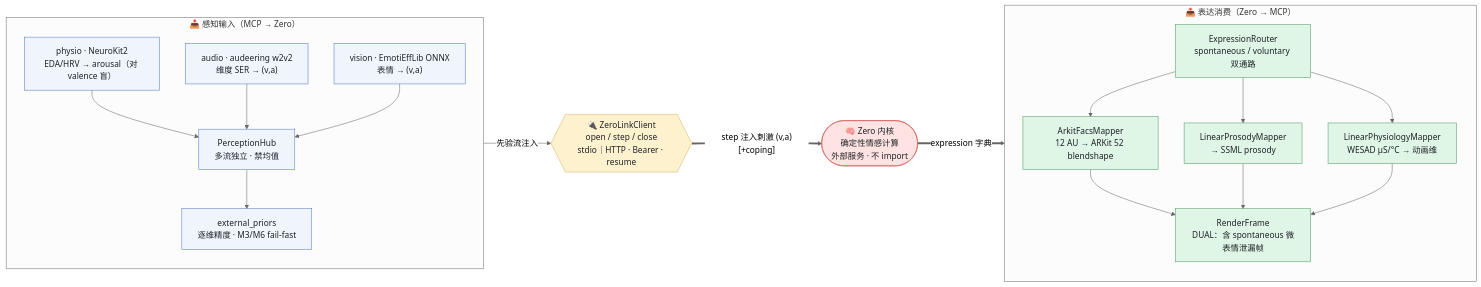
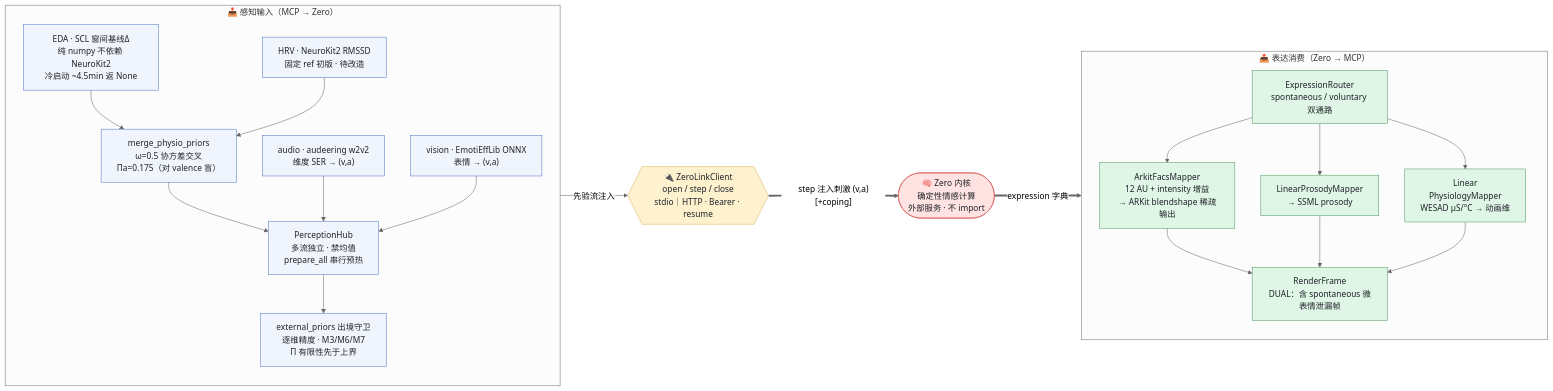
Before and after one commit to WizardHeHeJun/Zero_MCP: the diagram in docs/v2/zero-link-dataflow.mmd, drawn with Mermaid (neutral theme). The commit also changed 10 other files, not shown here.

First line of the commit message:
docs: 文档面全量对齐代码——EDA v2 换代 / 持久化线 / 三张架构图

```diff
--- a/docs/v2/zero-link-dataflow.mmd
+++ b/docs/v2/zero-link-dataflow.mmd
@@ -1,37 +1,41 @@
 flowchart LR
   subgraph sense["📥 感知输入（MCP → Zero）"]
     direction TB
-    ph["physio · NeuroKit2<br/>EDA/HRV → arousal（对 valence 盲）"]:::client
+    eda["EDA · SCL 窗间基线Δ<br/>纯 numpy 不依赖 NeuroKit2<br/>冷启动 ~4.5min 返 None"]:::client
+    hrv["HRV · NeuroKit2 RMSSD<br/>固定 ref 初版 · 待改造"]:::client
+    mrg["merge_physio_priors<br/>ω=0.5 协方差交叉<br/>Πa=0.175（对 valence 盲）"]:::client
     au["audio · audeering w2v2<br/>维度 SER → (v,a)"]:::client
     vi["vision · EmotiEffLib ONNX<br/>表情 → (v,a)"]:::client
-    hub["PerceptionHub<br/>多流独立 · 禁均值"]:::client
-    ep["external_priors<br/>逐维精度 · M3/M6 fail-fast"]:::client
-    ph --> hub
+    hub["PerceptionHub<br/>多流独立 · 禁均值<br/>prepare_all 串行预热"]:::client
+    ep["external_priors 出境守卫<br/>逐维精度 · M3/M6/M7<br/>Π 有限性先于上界"]:::client
+    eda --> mrg
+    hrv --> mrg
+    mrg --> hub
     au --> hub
     vi --> hub
     hub --> ep
   end
 
   client{{"🔌 ZeroLinkClient<br/>open / step / close<br/>stdio｜HTTP · Bearer · resume"}}:::proto
   zero(["🧠 Zero 内核<br/>确定性情感计算<br/>外部服务 · 不 import"]):::engine
 
   subgraph express["📤 表达消费（Zero → MCP）"]
     direction TB
     router["ExpressionRouter<br/>spontaneous / voluntary 双通路"]:::sink
-    fmap["ArkitFacsMapper<br/>12 AU → ARKit 52 blendshape"]:::sink
+    fmap["ArkitFacsMapper<br/>12 AU + intensity 增益<br/>→ ARKit blendshape 稀疏输出"]:::sink
     pmap["LinearProsodyMapper<br/>→ SSML prosody"]:::sink
-    ymap["LinearPhysiologyMapper<br/>WESAD μS/°C → 动画维"]:::sink
+    ymap["Linear<br/>PhysiologyMapper<br/>WESAD μS/°C → 动画维"]:::sink
     frame["RenderFrame<br/>DUAL：含 spontaneous 微表情泄漏帧"]:::sink
     router --> fmap --> frame
     router --> pmap --> frame
     router --> ymap --> frame
   end
 
   ep -->|"先验流注入"| client
   client ==>|"step 注入刺激 (v,a)[+coping]"| zero
   zero ==>|"expression 字典"| router
 
   classDef client fill:#F0F4FC,stroke:#5178C6,color:#1F2329
   classDef proto fill:#FEF1CE,stroke:#D4B45B,color:#1F2329
   classDef engine fill:#FEE3E2,stroke:#D25D5A,color:#1F2329
   classDef sink fill:#DFF5E5,stroke:#509863,color:#1F2329
```
